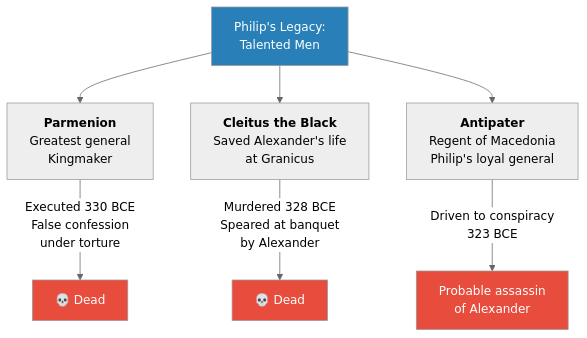
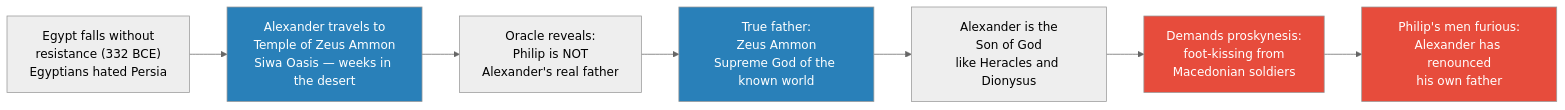
One commit to alius33/reader changed the fourth of 7 diagrams in summaries/Lectures/Civilization/12 - The Tyranny of Alexander the Great.md. Above: the diagram before and after it, drawn with Mermaid (neutral theme). The commit also changed other lines of this file and 26 other files, not shown here.

````diff
--- a/summaries/Lectures/Civilization/12 - The Tyranny of Alexander the Great.md
+++ b/summaries/Lectures/Civilization/12 - The Tyranny of Alexander the Great.md
@@ -249,13 +242,14 @@
 ```mermaid
-flowchart TB
-    P["Philip's Legacy:<br/>Talented Men"] --> Par["<b>Parmenion</b><br/>Greatest general<br/>Kingmaker"]
-    P --> Cl["<b>Cleitus the Black</b><br/>Saved Alexander's life<br/>at Granicus"]
-    P --> Ant["<b>Antipater</b><br/>Regent of Macedonia<br/>Philip's loyal general"]
-    Par -->|"Executed 330 BCE<br/>False confession<br/>under torture"| D1["💀 Dead"]
-    Cl -->|"Murdered 328 BCE<br/>Speared at banquet<br/>by Alexander"| D2["💀 Dead"]
-    Ant -->|"Driven to conspiracy<br/>323 BCE"| D3["Probable assassin<br/>of Alexander"]
-    style P fill:#2980b9,color:#fff
-    style D1 fill:#e74c3c,color:#fff
-    style D2 fill:#e74c3c,color:#fff
-    style D3 fill:#e74c3c,color:#fff
+flowchart LR
+    E["Egypt falls without<br/>resistance (332 BCE)<br/>Egyptians hated Persia"]
+    E --> T["Alexander travels to<br/>Temple of Zeus Ammon<br/>Siwa Oasis — weeks in the desert"]
+    T --> R["Oracle reveals:<br/>Philip is NOT<br/>Alexander's real father"]
+    R --> G["True father:<br/>Zeus Ammon<br/>Supreme God of the known world"]
+    G --> D["Alexander is the<br/>Son of God<br/>like Heracles and Dionysus"]
+    D --> PR["Demands proskynesis:<br/>foot-kissing from<br/>Macedonian soldiers"]
+    PR --> RM["Philip's men furious:<br/>Alexander has renounced<br/>his own father"]
+    style T fill:#2980b9,color:#fff
+    style G fill:#2980b9,color:#fff
+    style PR fill:#e74c3c,color:#fff
+    style RM fill:#e74c3c,color:#fff
 ```
````
